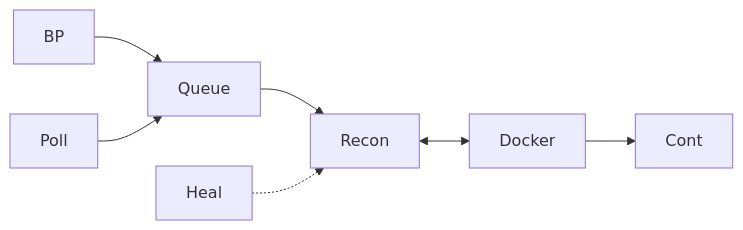
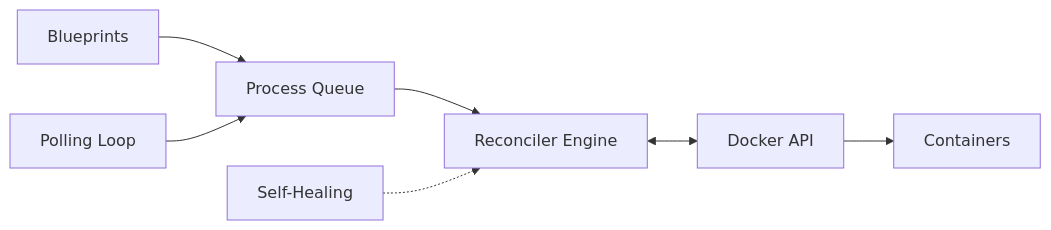
One commit to cop-pilot-eu/cluster-1-integration changed the third of 4 diagrams in README.md. Above: the diagram before and after it, drawn with Mermaid. The commit also changed other lines of this file, not shown here.

````diff
--- a/README.md
+++ b/README.md
@@ -118,17 +118,17 @@
 ```mermaid
 graph LR
-    BP[BP]
-    Q[Queue]
-    P[Poll]
-    H[Heal]
-    R[Recon]
-    D[Docker]
-    C[Cont]
+    BP[Blueprints]
+    Q[Process Queue]
+    P[Polling Loop]
+    H[Self-Healing]
+    R[Reconciler Engine]
+    D[Docker API]
+    C[Containers]
 
     BP --> Q
     P --> Q
     Q --> R
     H -.-> R
     R <--> D
     D --> C
 ```
````
